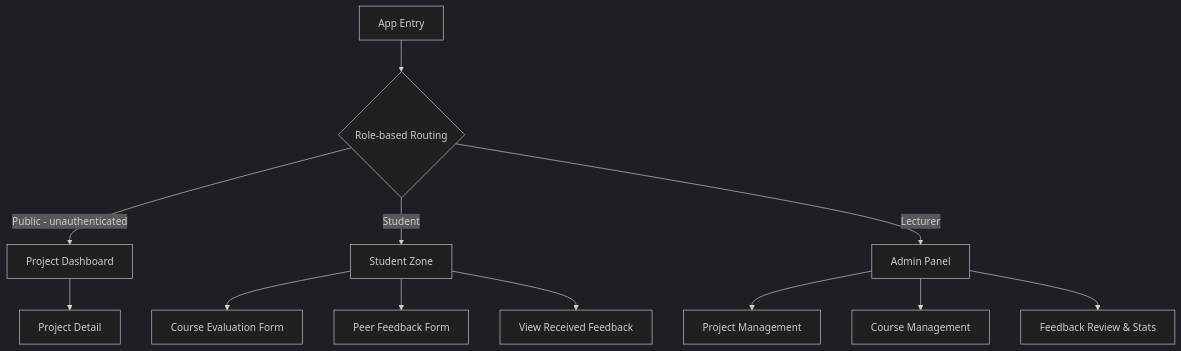
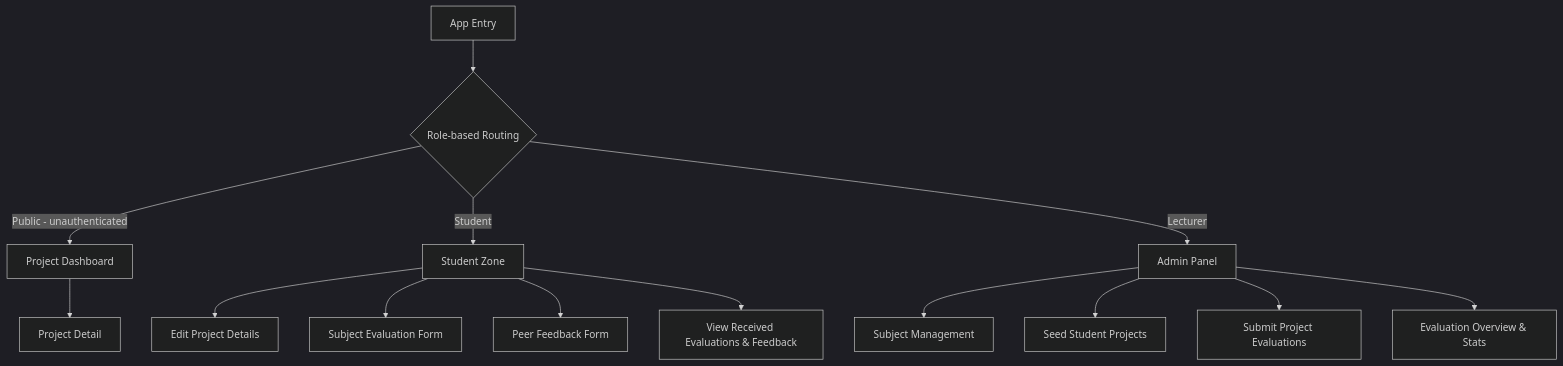
One commit to ljezek/tul-psi changed the diagram in docs/SPECIFICATION.md. Above: the diagram before and after it, drawn with Mermaid (dark theme). The commit also changed other lines of this file and 2 other files, not shown here.

````diff
--- a/docs/SPECIFICATION.md
+++ b/docs/SPECIFICATION.md
@@ -35,17 +43,19 @@
 ```mermaid
 graph TD
     Start[App Entry] --> RoleRoute{Role-based Routing}
     RoleRoute -->|Public - unauthenticated| Dashboard[Project Dashboard]
     RoleRoute -->|Student| StudentZone[Student Zone]
     RoleRoute -->|Lecturer| AdminPanel[Admin Panel]
-    
+
     Dashboard --> ProjectDetail[Project Detail]
-    
-    StudentZone --> CourseEval[Course Evaluation Form]
+
+    StudentZone --> ProjectEdit[Edit Project Details]
+    StudentZone --> SubjectEval[Subject Evaluation Form]
     StudentZone --> PeerEval[Peer Feedback Form]
-    StudentZone --> RecFeedback[View Received Feedback]
-    
-    AdminPanel --> ProjMgmt[Project Management]
-    AdminPanel --> CourseMgmt[Course Management]
-    AdminPanel --> FeedbackReview[Feedback Review & Stats]
+    StudentZone --> RecFeedback[View Received Evaluations & Feedback]
+
+    AdminPanel --> SubjectMgmt[Subject Management]
+    AdminPanel --> ProjectSeed[Seed Student Projects]
+    AdminPanel --> EvalSubmit[Submit Project Evaluations]
+    AdminPanel --> EvalOverview[Evaluation Overview & Stats]
 ```
````
